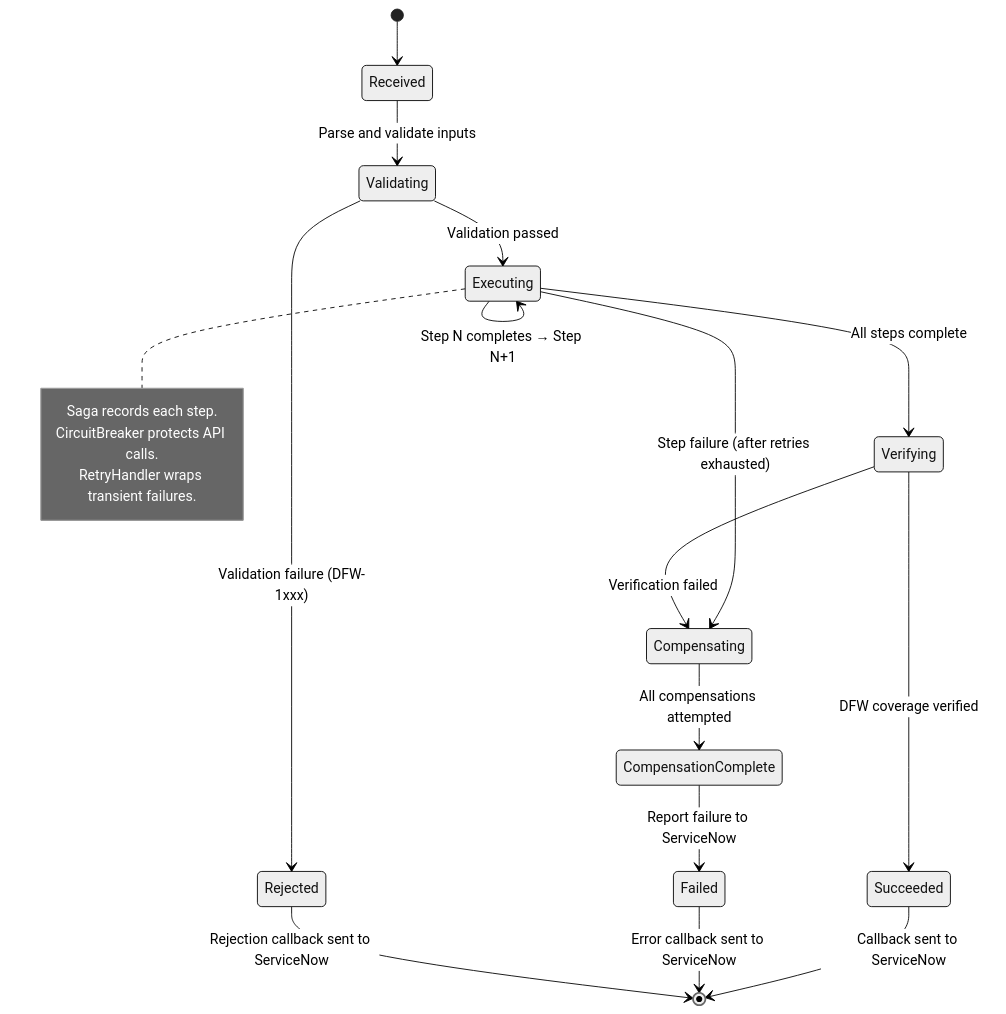
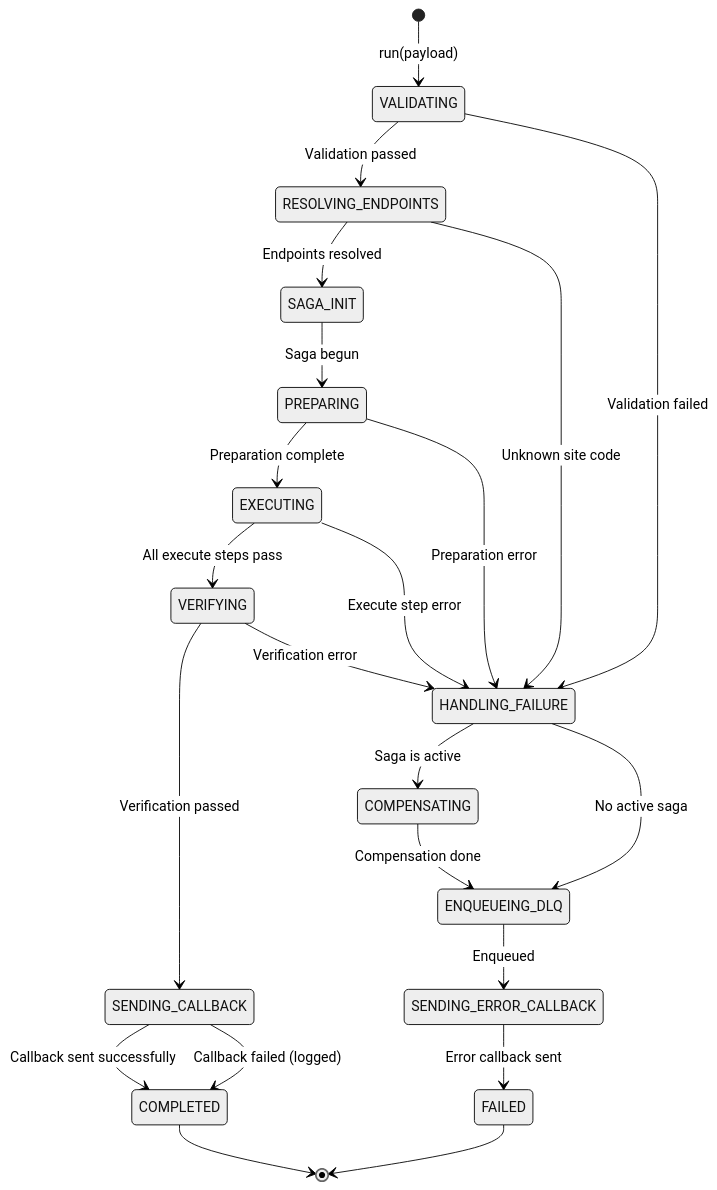
The tenth of 10 diagrams in docs/LLD.md (srikanth-nalam/dfw-automation-pipeline), drawn with Mermaid (neutral theme) before and after one commit. The commit also changed other lines of this file and 5 other files, not shown here.

First line of the commit message:
feat: update schemas, OpenAPI spec, and docs for production alignment

````diff
--- a/docs/LLD.md
+++ b/docs/LLD.md
@@ -749,28 +1429,33 @@
 ```mermaid
 stateDiagram-v2
-    [*] --> Received
+    [*] --> VALIDATING: run(payload)
 
-    Received --> Validating : Parse and validate inputs
-    Validating --> Rejected : Validation failure (DFW-1xxx)
-    Validating --> Executing : Validation passed
+    VALIDATING --> RESOLVING_ENDPOINTS: Validation passed
+    VALIDATING --> HANDLING_FAILURE: Validation failed
 
-    Executing --> Executing : Step N completes → Step N+1
-    Executing --> Compensating : Step failure (after retries exhausted)
+    RESOLVING_ENDPOINTS --> SAGA_INIT: Endpoints resolved
+    RESOLVING_ENDPOINTS --> HANDLING_FAILURE: Unknown site code
 
-    Compensating --> CompensationComplete : All compensations attempted
-    CompensationComplete --> Failed : Report failure to ServiceNow
+    SAGA_INIT --> PREPARING: Saga begun
+    PREPARING --> EXECUTING: Preparation complete
+    PREPARING --> HANDLING_FAILURE: Preparation error
 
-    Executing --> Verifying : All steps complete
-    Verifying --> Succeeded : DFW coverage verified
-    Verifying --> Compensating : Verification failed
+    EXECUTING --> VERIFYING: All execute steps pass
+    EXECUTING --> HANDLING_FAILURE: Execute step error
 
-    Succeeded --> [*] : Callback sent to ServiceNow
-    Failed --> [*] : Error callback sent to ServiceNow
-    Rejected --> [*] : Rejection callback sent to ServiceNow
+    VERIFYING --> SENDING_CALLBACK: Verification passed
+    VERIFYING --> HANDLING_FAILURE: Verification error
 
-    note right of Executing
-        Saga records each step.
-        CircuitBreaker protects API calls.
-        RetryHandler wraps transient failures.
-    end note
+    SENDING_CALLBACK --> COMPLETED: Callback sent successfully
+    SENDING_CALLBACK --> COMPLETED: Callback failed (logged)
+
+    HANDLING_FAILURE --> COMPENSATING: Saga is active
+    HANDLING_FAILURE --> ENQUEUEING_DLQ: No active saga
+
+    COMPENSATING --> ENQUEUEING_DLQ: Compensation done
+    ENQUEUEING_DLQ --> SENDING_ERROR_CALLBACK: Enqueued
+    SENDING_ERROR_CALLBACK --> FAILED: Error callback sent
+
+    COMPLETED --> [*]
+    FAILED --> [*]
 ```
````
